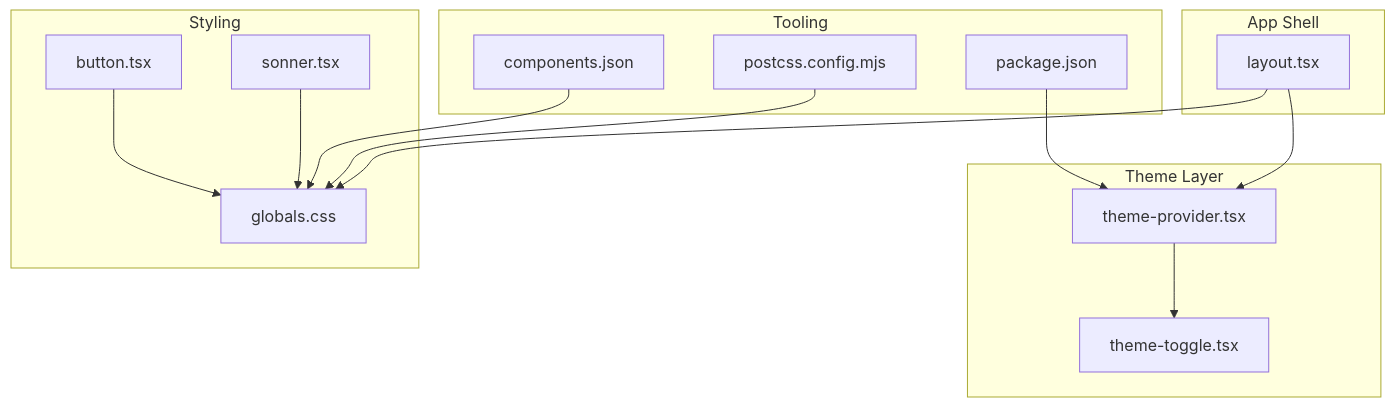
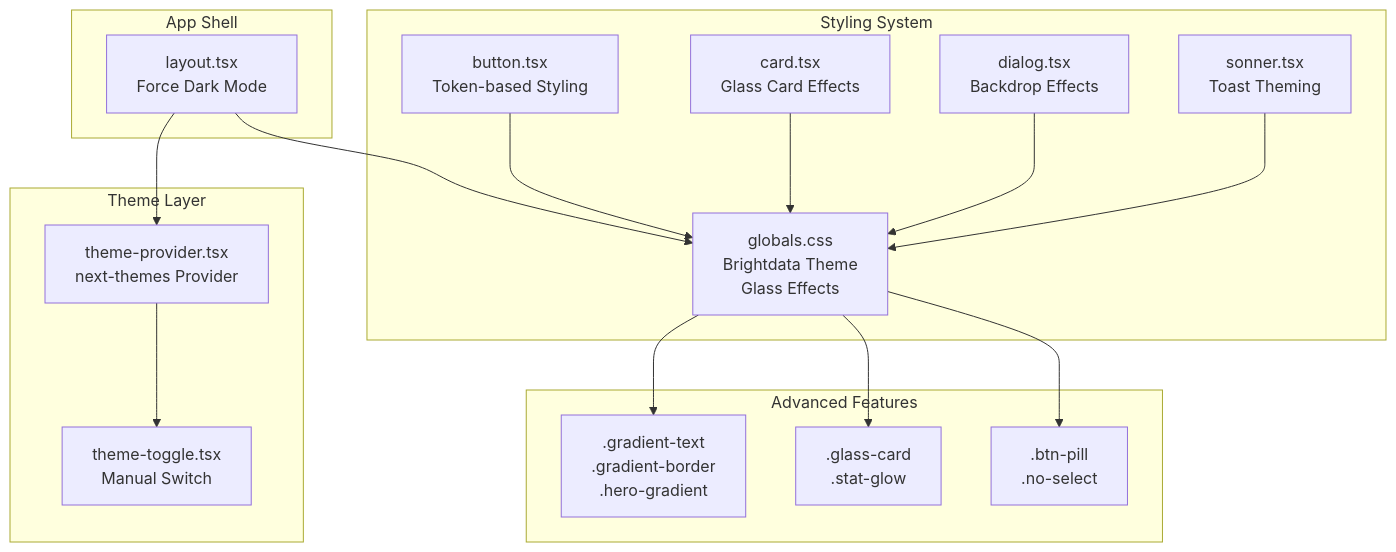
The first of 5 diagrams in .qoder/repowiki/en/content/UI Components/Theme System.md (alikizang/datafrica), drawn with Mermaid before and after one commit. The commit also changed other lines of this file and 15 other files, not shown here.

````diff
--- a/.qoder/repowiki/en/content/UI Components/Theme System.md
+++ b/.qoder/repowiki/en/content/UI Components/Theme System.md
@@ -39,28 +52,32 @@
 ```mermaid
 graph TB
 subgraph "App Shell"
-L["layout.tsx"]
+L["layout.tsx<br/>Force Dark Mode"]
 end
 subgraph "Theme Layer"
-TP["theme-provider.tsx"]
-TT["theme-toggle.tsx"]
+TP["theme-provider.tsx<br/>next-themes Provider"]
+TT["theme-toggle.tsx<br/>Manual Switch"]
 end
-subgraph "Styling"
-GCSS["globals.css"]
-BTN["button.tsx"]
-SNS["sonner.tsx"]
+subgraph "Styling System"
+GCSS["globals.css<br/>Brightdata Theme<br/>Glass Effects"]
+BTN["button.tsx<br/>Token-based Styling"]
+CARD["card.tsx<br/>Glass Card Effects"]
+DLG["dialog.tsx<br/>Backdrop Effects"]
+SNS["sonner.tsx<br/>Toast Theming"]
 end
-subgraph "Tooling"
-CJSON["components.json"]
-PCFG["postcss.config.mjs"]
-PKG["package.json"]
+subgraph "Advanced Features"
+GRAD[".gradient-text<br/>.gradient-border<br/>.hero-gradient"]
+GLASS[".glass-card<br/>.stat-glow"]
+PILL[".btn-pill<br/>.no-select"]
 end
 L --> TP
 TP --> TT
 L --> GCSS
 BTN --> GCSS
+CARD --> GCSS
+DLG --> GCSS
 SNS --> GCSS
-CJSON --> GCSS
-PCFG --> GCSS
-PKG --> TP
+GCSS --> GRAD
+GCSS --> GLASS
+GCSS --> PILL
 ```
````
